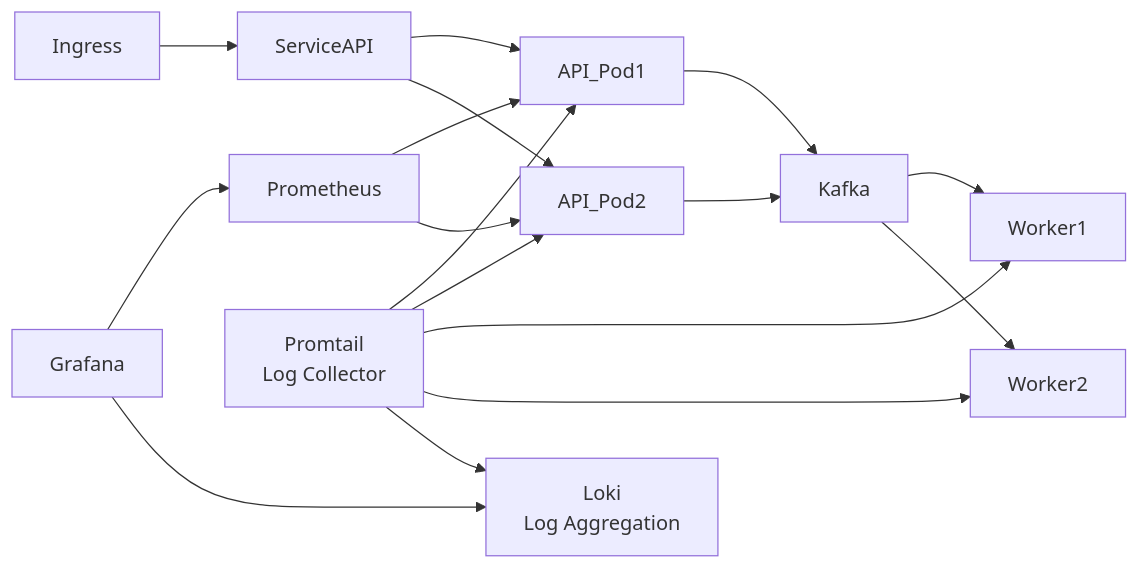
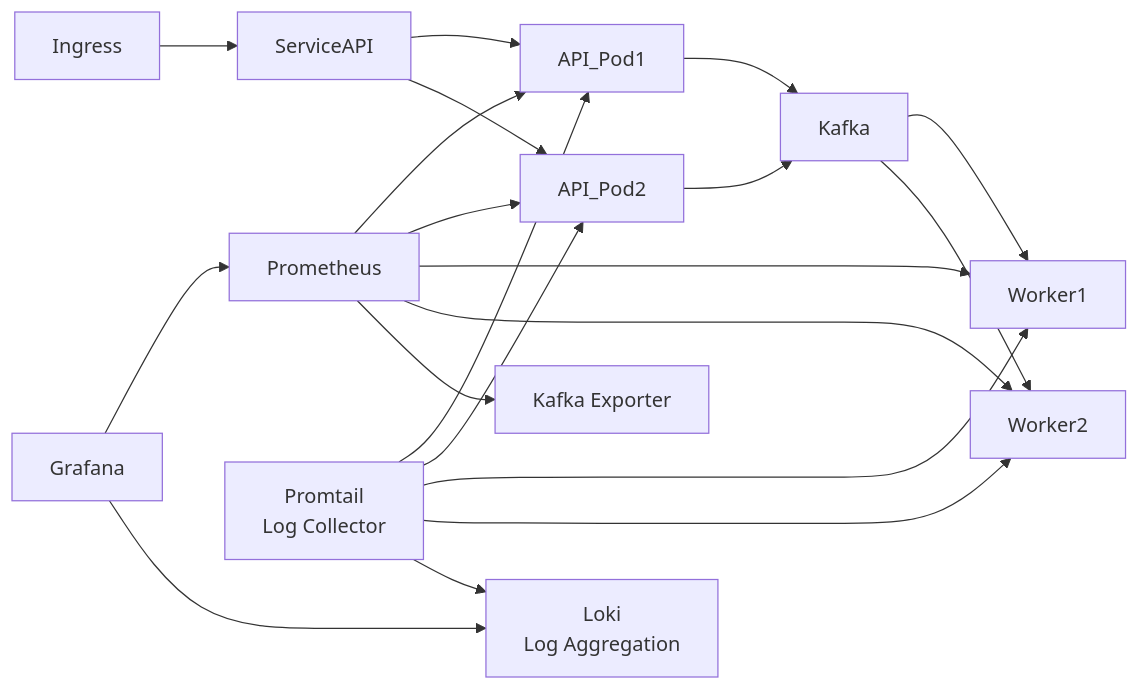
Before and after one commit to Hugobsb/cloud-architecture-study: the second of 3 diagrams in README.md, drawn with Mermaid. The commit also changed other lines of this file and 13 other files, not shown here.

````diff
--- a/README.md
+++ b/README.md
@@ -59,30 +61,34 @@
 ```mermaid
 flowchart LR
 
 Ingress --> ServiceAPI
 ServiceAPI --> API_Pod1
 ServiceAPI --> API_Pod2
 
 API_Pod1 --> Kafka
 API_Pod2 --> Kafka
 
 Kafka --> Worker1
 Kafka --> Worker2
+KafkaExporter[Kafka Exporter]
 
 Prometheus[Prometheus]
 Prometheus --> API_Pod1
 Prometheus --> API_Pod2
+Prometheus --> Worker1
+Prometheus --> Worker2
+Prometheus --> KafkaExporter
 
 Promtail[Promtail<br/>Log Collector]
 Promtail --> API_Pod1
 Promtail --> API_Pod2
 Promtail --> Worker1
 Promtail --> Worker2
 
 Loki[Loki<br/>Log Aggregation]
 Promtail --> Loki
 
 Grafana[Grafana]
 Grafana --> Prometheus
 Grafana --> Loki
 ```
````
